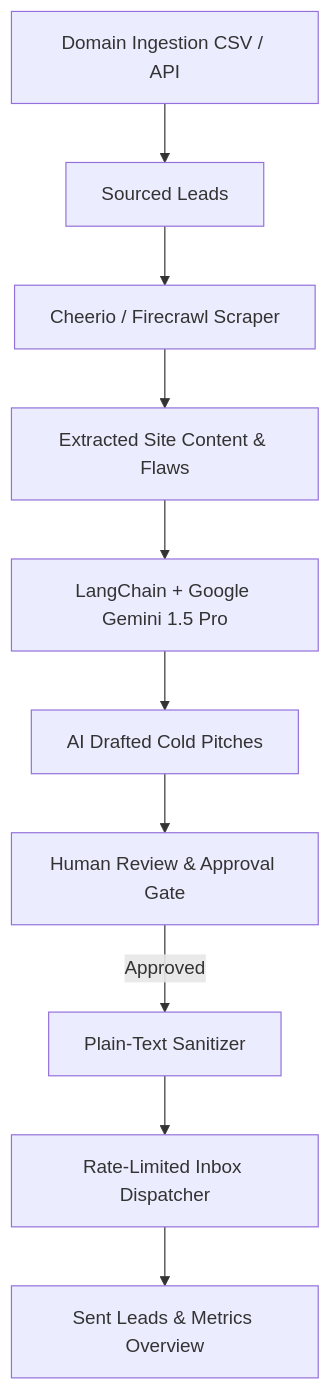
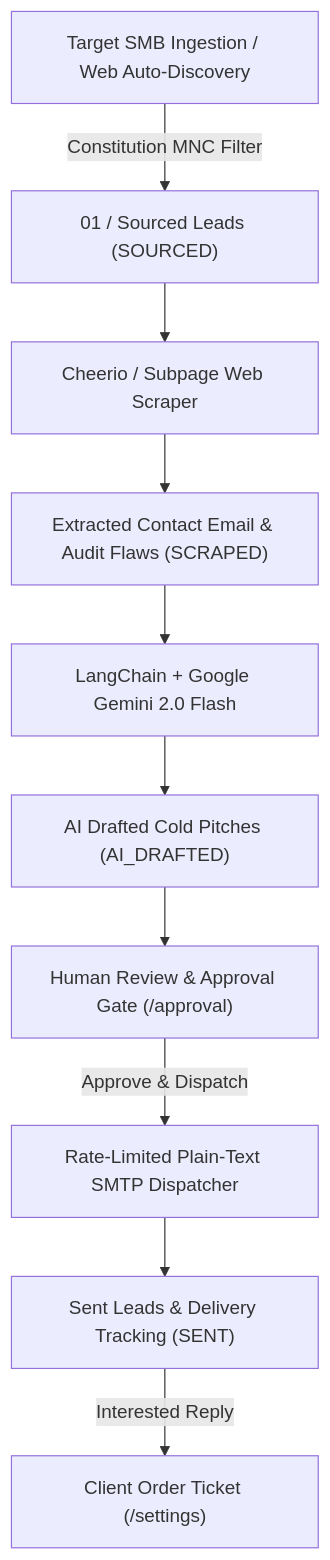
One commit to whiteki3011s/automated-email changed the diagram in README.md. Above: the diagram before and after it, drawn with Mermaid. The commit also changed other lines of this file, not shown here.

Commit message:
docs: update README with new UI, Gemini 2.0 Flash engine, real email scraping, and stage-by-stage pipeline workflow

````diff
--- a/README.md
+++ b/README.md
@@ -31,12 +30,12 @@
 ```mermaid
 flowchart TD
-    A[Domain Ingestion CSV / API] --> B[Sourced Leads]
-    B --> C[Cheerio / Firecrawl Scraper]
-    C --> D[Extracted Site Content & Flaws]
-    D --> E[LangChain + Google Gemini 1.5 Pro]
-    E --> F[AI Drafted Cold Pitches]
-    F --> G[Human Review & Approval Gate]
-    G -->|Approved| H[Plain-Text Sanitizer]
-    H --> I[Rate-Limited Inbox Dispatcher]
-    I --> J[Sent Leads & Metrics Overview]
+    A["Target SMB Ingestion / Web Auto-Discovery"] -->|Constitution MNC Filter| B["01 / Sourced Leads (SOURCED)"]
+    B --> C["Cheerio / Subpage Web Scraper"]
+    C --> D["Extracted Contact Email & Audit Flaws (SCRAPED)"]
+    D --> E["LangChain + Google Gemini 2.0 Flash"]
+    E --> F["AI Drafted Cold Pitches (AI_DRAFTED)"]
+    F --> G["Human Review & Approval Gate (/approval)"]
+    G -->|Approve & Dispatch| H["Rate-Limited Plain-Text SMTP Dispatcher"]
+    H --> I["Sent Leads & Delivery Tracking (SENT)"]
+    I -->|Interested Reply| J["Client Order Ticket (/settings)"]
 ```
````
